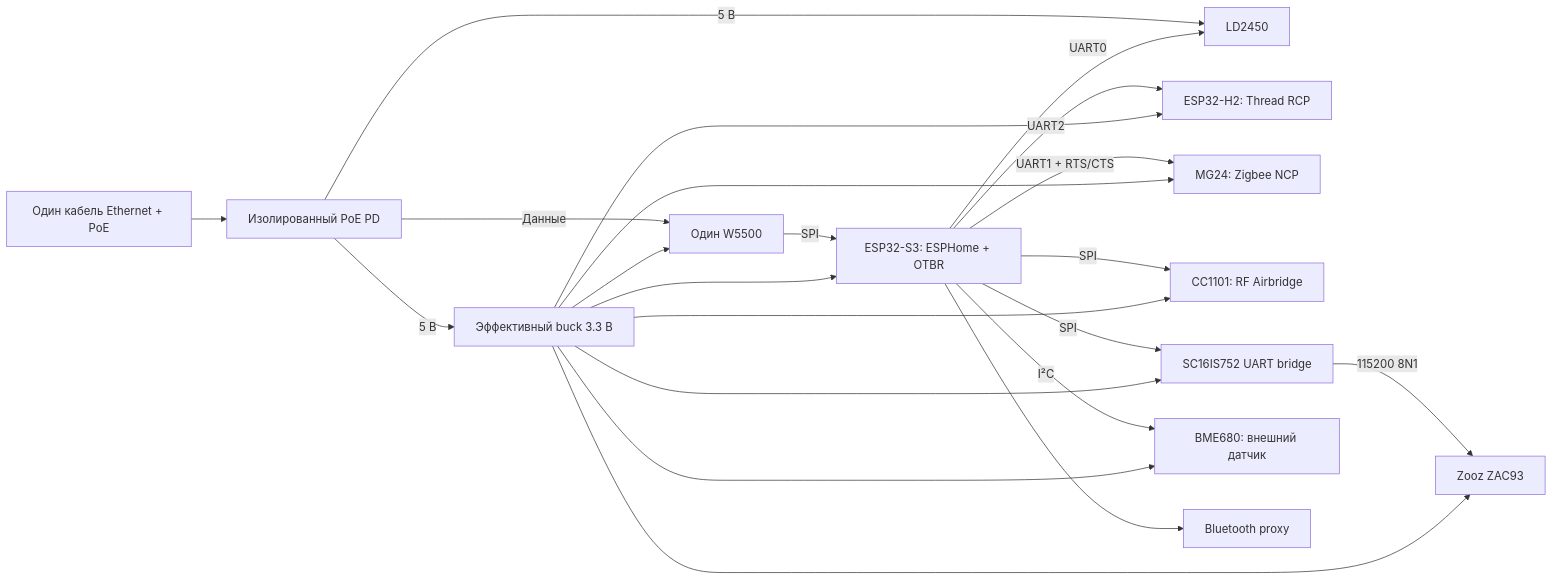
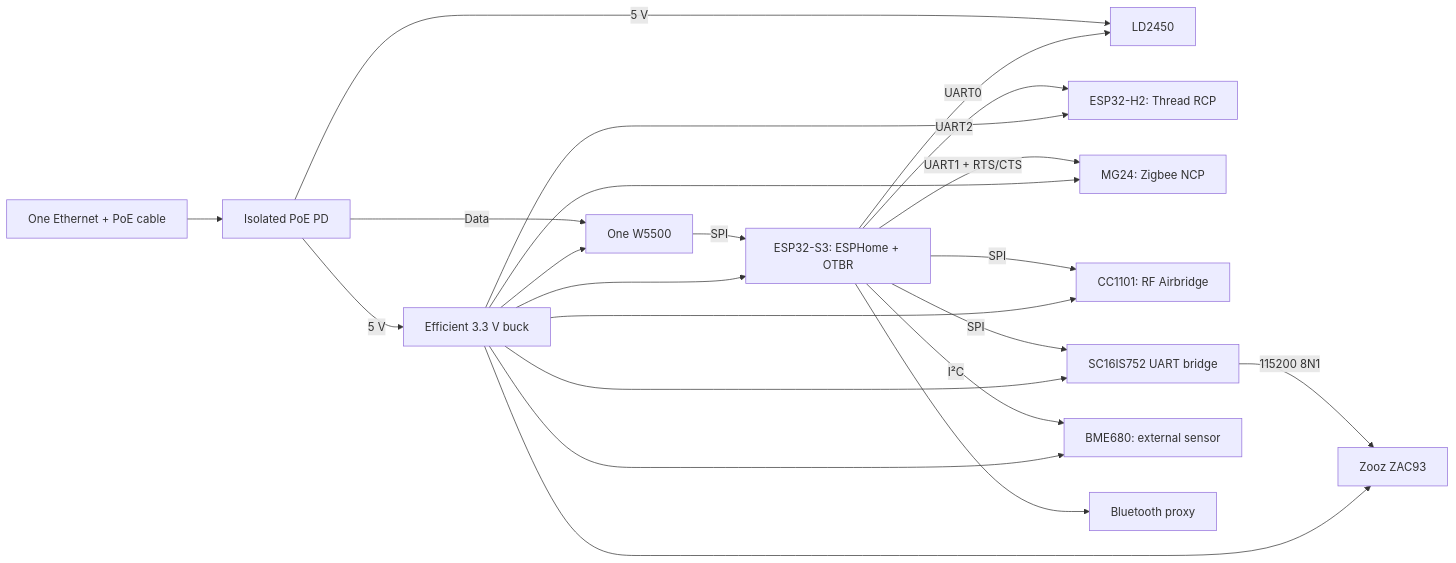
One commit to ha-homelab/ha-radio-hub changed the diagram in docs/low-power.md. Above: the diagram before and after it, drawn with Mermaid. The commit also changed other lines of this file and 19 other files, not shown here.

````diff
--- a/docs/low-power.md
+++ b/docs/low-power.md
@@ -16,24 +18,24 @@
 ```mermaid
 flowchart LR
-  LAN[Один кабель Ethernet + PoE] --> PD[Изолированный PoE PD]
-  PD -->|Данные| ETH[Один W5500]
-  PD -->|5 В| R[LD2450]
-  PD -->|5 В| BUCK[Эффективный buck 3.3 В]
+  LAN[One Ethernet + PoE cable] --> PD[Isolated PoE PD]
+  PD -->|Data| ETH[One W5500]
+  PD -->|5 V| R[LD2450]
+  PD -->|5 V| BUCK[Efficient 3.3 V buck]
   ETH -->|SPI| S3[ESP32-S3: ESPHome + OTBR]
   S3 -->|UART2| H2[ESP32-H2: Thread RCP]
   S3 -->|UART1 + RTS/CTS| MG[MG24: Zigbee NCP]
   S3 -->|UART0| R
   S3 -->|SPI| CC[CC1101: RF Airbridge]
   S3 -->|SPI| SC[SC16IS752 UART bridge]
   SC -->|115200 8N1| Z[Zooz ZAC93]
-  S3 -->|I²C| B[BME680: внешний датчик]
+  S3 -->|I²C| B[BME680: external sensor]
   S3 --> BLE[Bluetooth proxy]
   BUCK --> S3
   BUCK --> H2
   BUCK --> MG
   BUCK --> ETH
   BUCK --> CC
   BUCK --> SC
   BUCK --> Z
   BUCK --> B
 ```
````
